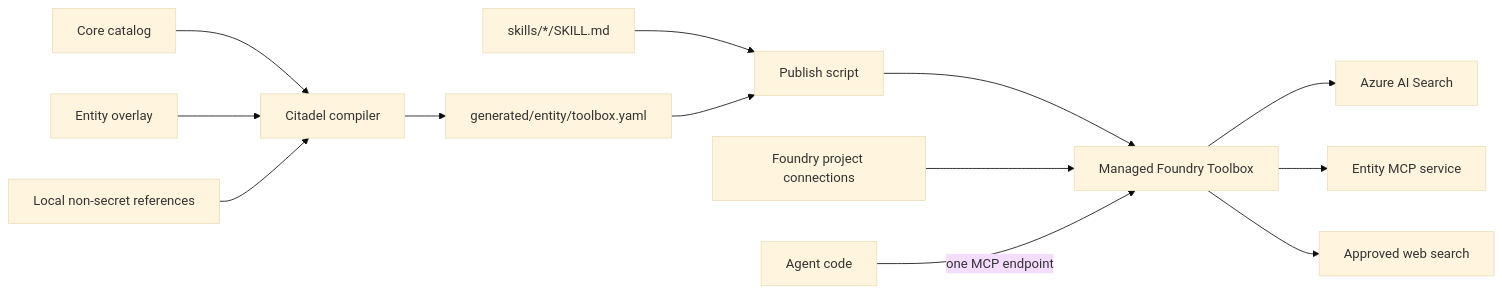
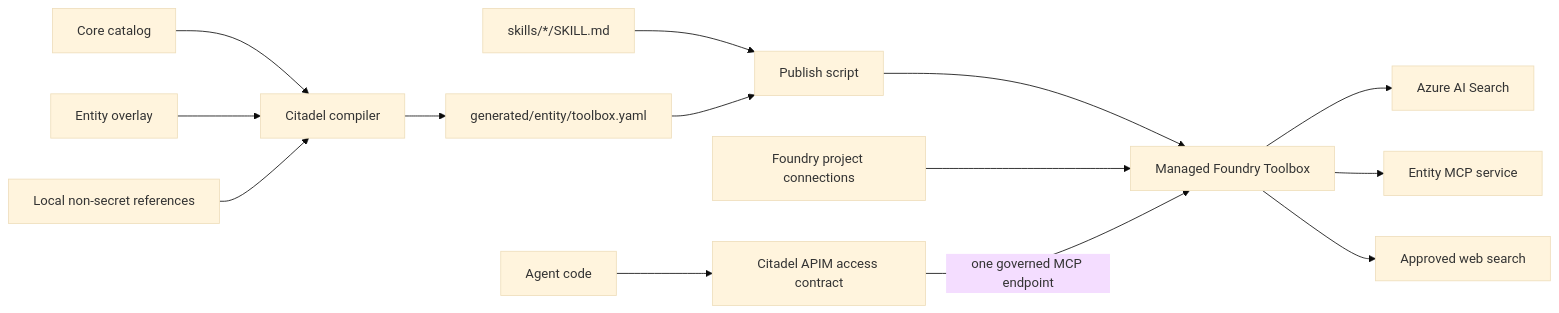
Before and after one commit to sibamoussa/citadel-toolbox-addon: the first of 2 diagrams in README.md, drawn with Mermaid (base theme). The commit also changed other lines of this file and 6 other files, not shown here.

````diff
--- a/README.md
+++ b/README.md
@@ -49,15 +57,16 @@
 ```mermaid
 flowchart LR
      Core[Core catalog] --> Compiler[Citadel compiler]
      Overlay[Entity overlay] --> Compiler
      Env[Local non-secret references] --> Compiler
      Compiler --> Generated[generated/entity/toolbox.yaml]
      Skills[skills/*/SKILL.md] --> Publish[Publish script]
      Generated --> Publish
      Publish --> Foundry[Managed Foundry Toolbox]
      Connections[Foundry project connections] --> Foundry
-     Agent[Agent code] -->|one MCP endpoint| Foundry
+        Agent[Agent code] --> APIM[Citadel APIM access contract]
+        APIM -->|one governed MCP endpoint| Foundry
      Foundry --> Search[Azure AI Search]
      Foundry --> MCP[Entity MCP service]
      Foundry --> Web[Approved web search]
 ```
````
